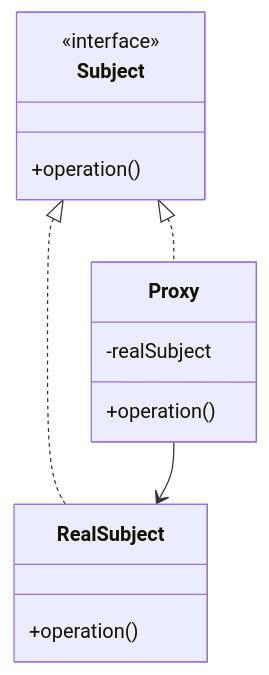
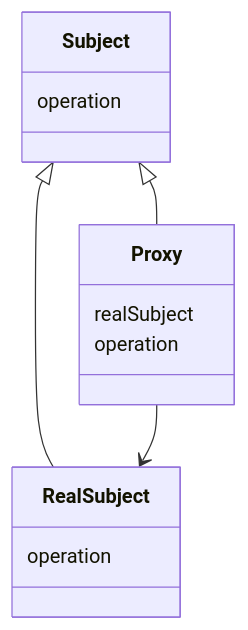
Before and after one commit to gojosatoru123-ux/CacheU: the tenth of 10 diagrams in src/content/lld-proxy-design-pattern.md, drawn with Mermaid. The commit also changed other lines of this file and 21 other files, not shown here.

````diff
--- a/src/content/lld-proxy-design-pattern.md
+++ b/src/content/lld-proxy-design-pattern.md
@@ -827,20 +828,20 @@
 ```mermaid
 classDiagram
-    class Subject {
-        <<interface>>
-        +operation()
-    }
 
-    class RealSubject {
-        +operation()
-    }
+class Subject {
+    operation
+}
 
-    class Proxy {
-        -realSubject
-        +operation()
-    }
+class RealSubject {
+    operation
+}
 
-    Subject <|.. RealSubject
-    Subject <|.. Proxy
-    Proxy --> RealSubject
+class Proxy {
+    realSubject
+    operation
+}
+
+Subject <|-- RealSubject
+Subject <|-- Proxy
+Proxy --> RealSubject
 ```
````
